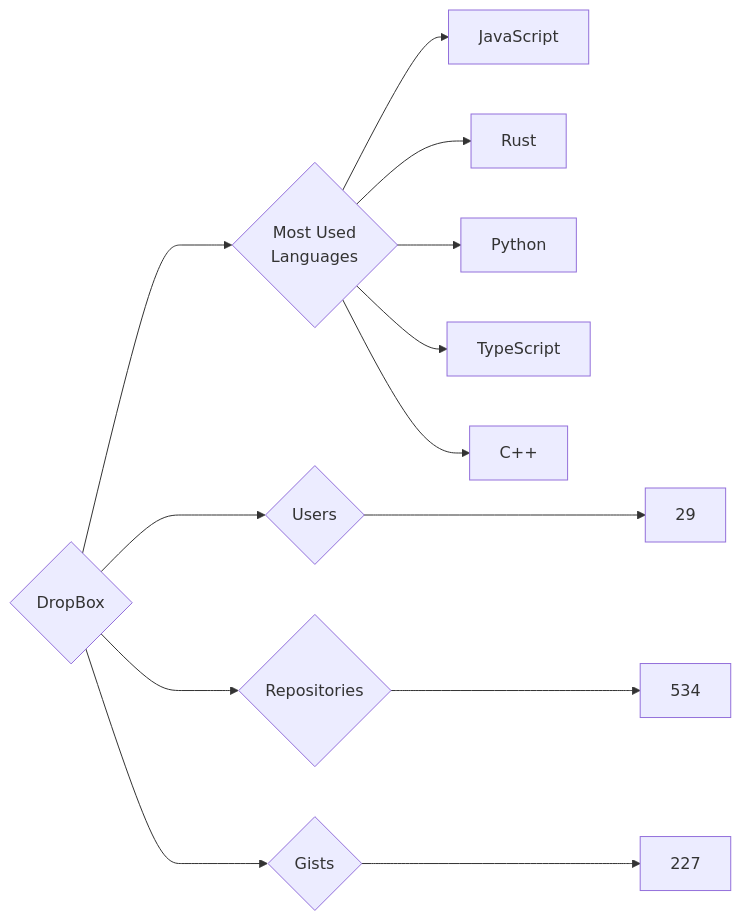
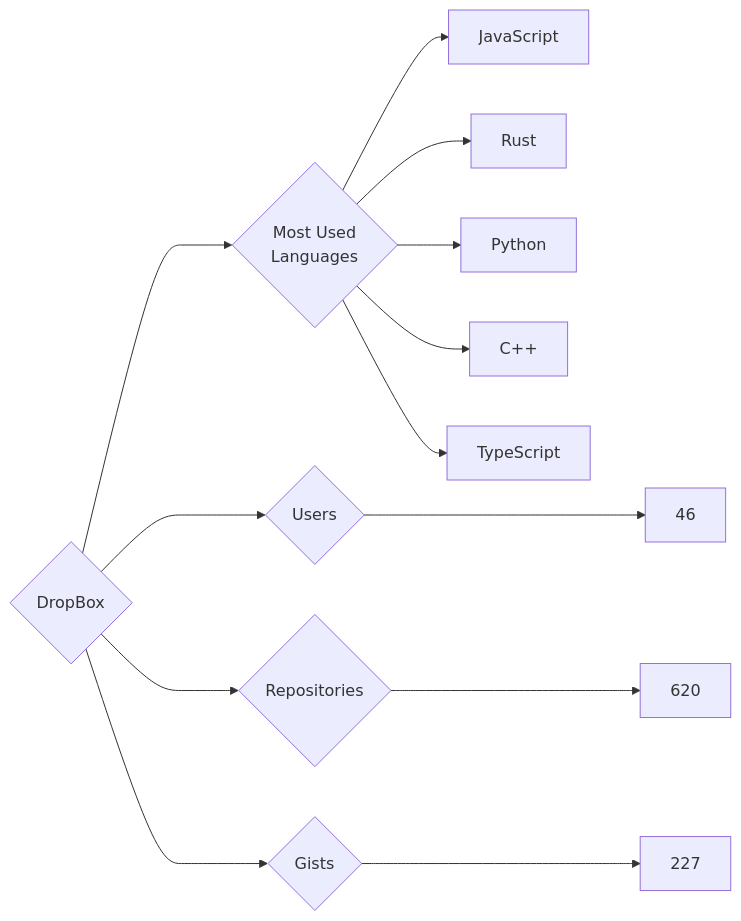
Before and after one commit to trickest/insiders: the diagram in targets/DropBox/README.md, drawn with Mermaid. The commit also changed 845 other files, not shown here.

````diff
--- a/targets/DropBox/README.md
+++ b/targets/DropBox/README.md
@@ -3,13 +3,13 @@
 ```mermaid
 graph LR
 COMPANY_NAME{DropBox}
-COMPANY_NAME ---> U{Users} ---> UN[29]
-COMPANY_NAME ---> R{Repositories} ---> RN[534]
+COMPANY_NAME ---> U{Users} ---> UN[46]
+COMPANY_NAME ---> R{Repositories} ---> RN[620]
 COMPANY_NAME ---> G{Gists} ---> GN[227]
 COMPANY_NAME ---> ML{Most Used<br>Languages}
 ML --> JavaScript[JavaScript]
 ML --> Rust[Rust]
 ML --> Python[Python]
+ML --> C++[C++]
 ML --> TypeScript[TypeScript]
-ML --> C++[C++]
 ```
````
